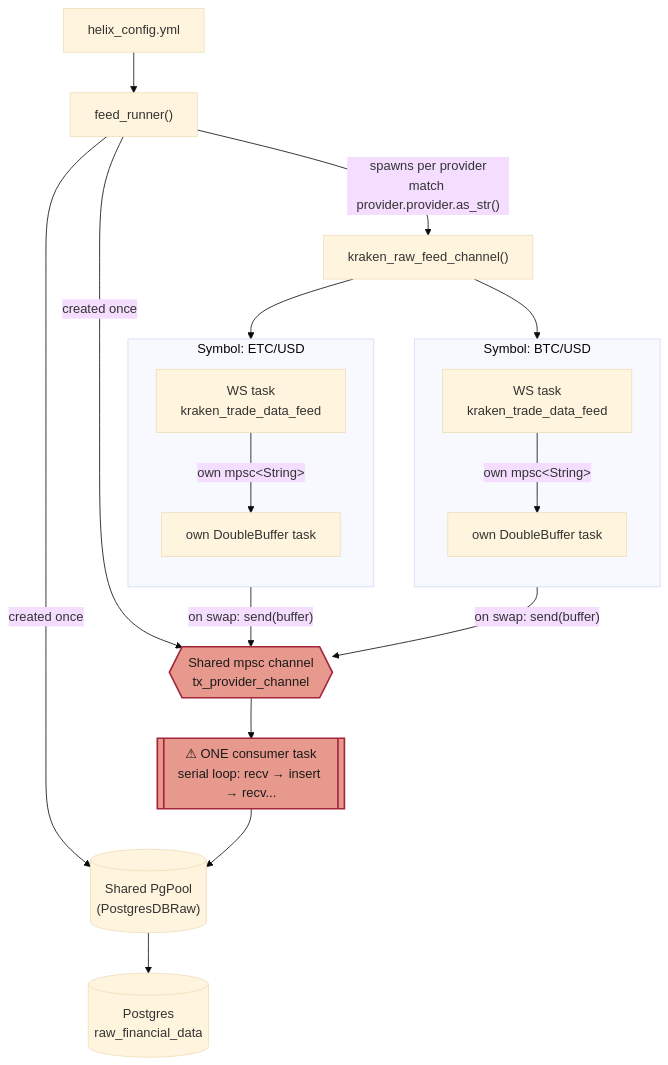
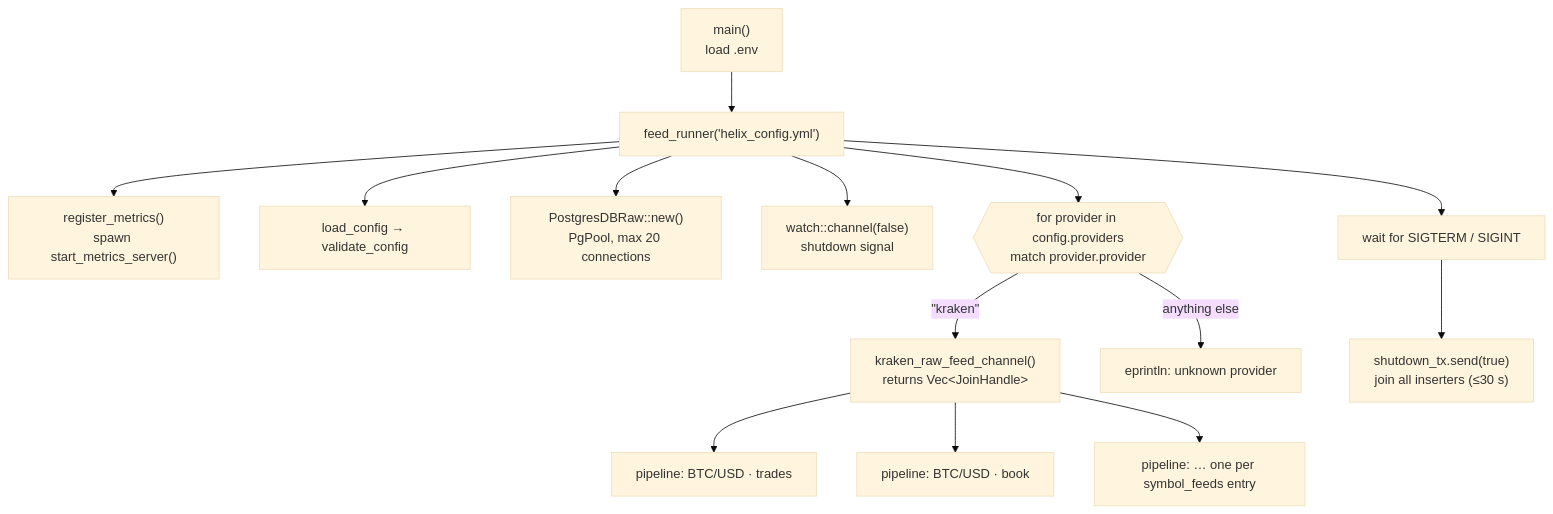
Before and after one commit to Dakotah-Torres/HelixFeed: the second of 4 diagrams in docs/architecture.md, drawn with Mermaid (base theme). The commit also changed other lines of this file and 28 other files, not shown here.

````diff
--- a/docs/architecture.md
+++ b/docs/architecture.md
@@ -9,30 +78,16 @@
 ```mermaid
 flowchart TD
-    CFG["helix_config.yml"] --> FR["feed_runner()"]
-    FR -->|"spawns per provider<br/>match provider.provider.as_str()"| KP["kraken_raw_feed_channel()"]
-    FR -->|"created once"| POOL[("Shared PgPool<br/>(PostgresDBRaw)")]
-    FR -->|"created once"| SHCH{{"Shared mpsc channel<br/>tx_provider_channel"}}
-
-    subgraph SYM1["Symbol: BTC/USD"]
-        direction TB
-        WS1["WS task<br/>kraken_trade_data_feed"] -->|"own mpsc&lt;String&gt;"| BUF1["own DoubleBuffer task"]
-    end
-
-    subgraph SYM2["Symbol: ETC/USD"]
-        direction TB
-        WS2["WS task<br/>kraken_trade_data_feed"] -->|"own mpsc&lt;String&gt;"| BUF2["own DoubleBuffer task"]
-    end
-
-    KP --> SYM1
-    KP --> SYM2
-
-    BUF1 -->|"on swap: send(buffer)"| SHCH
-    BUF2 -->|"on swap: send(buffer)"| SHCH
-
-    SHCH --> INS[["⚠ ONE consumer task<br/>serial loop: recv → insert → recv..."]]
-    INS --> POOL
-    POOL --> PG[("Postgres<br/>raw_financial_data")]
-
-    classDef bottleneck fill:#e8998d,stroke:#a4243b,color:#1a1a1a,stroke-width:2px
-    class SHCH,INS bottleneck
+    MAIN["main()<br/>load .env"] --> FR["feed_runner('helix_config.yml')"]
+    FR --> M1["register_metrics()<br/>spawn start_metrics_server()"]
+    FR --> M2["load_config → validate_config"]
+    FR --> M3["PostgresDBRaw::new()<br/>PgPool, max 20 connections"]
+    FR --> M4["watch::channel(false)<br/>shutdown signal"]
+    FR --> LOOP{{"for provider in config.providers<br/>match provider.provider"}}
+    LOOP -->|"&quot;kraken&quot;"| KRF["kraken_raw_feed_channel()<br/>returns Vec&lt;JoinHandle&gt;"]
+    LOOP -->|"anything else"| UNK["eprintln: unknown provider"]
+    KRF --> P1["pipeline: BTC/USD · trades"]
+    KRF --> P2["pipeline: BTC/USD · book"]
+    KRF --> P3["pipeline: … one per symbol_feeds entry"]
+    FR --> WAIT["wait for SIGTERM / SIGINT"]
+    WAIT --> SD["shutdown_tx.send(true)<br/>join all inserters (≤30 s)"]
 ```
````
